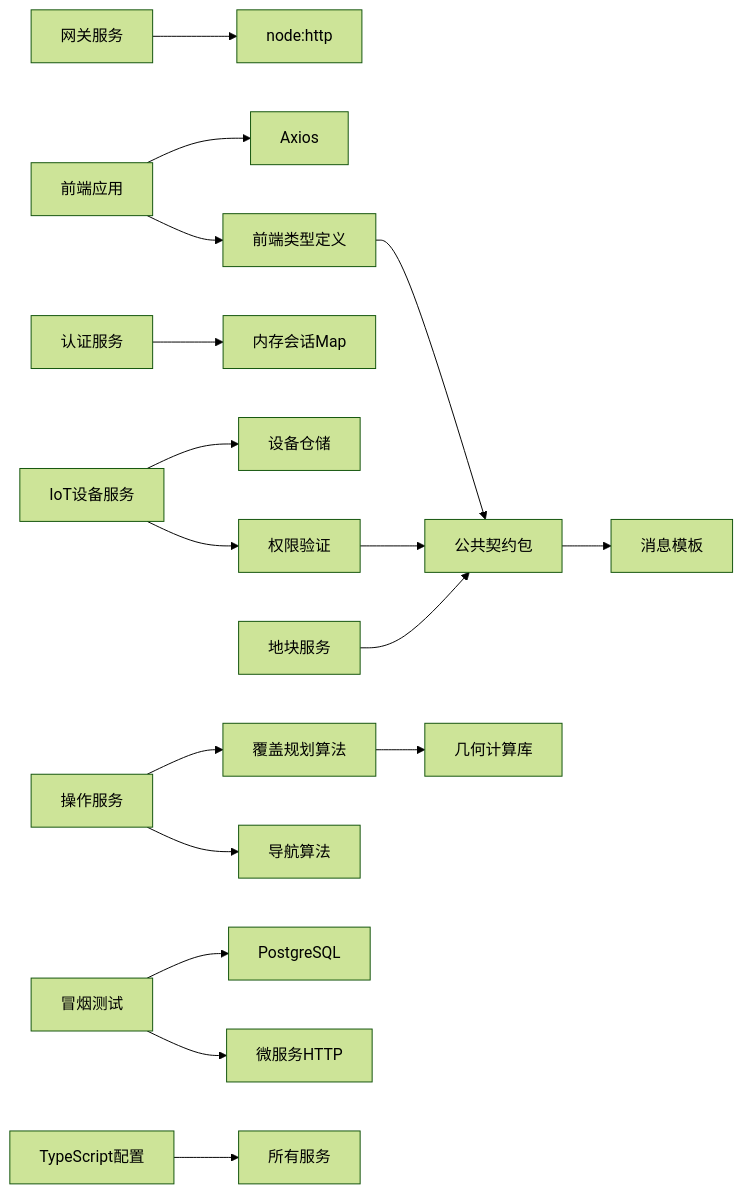
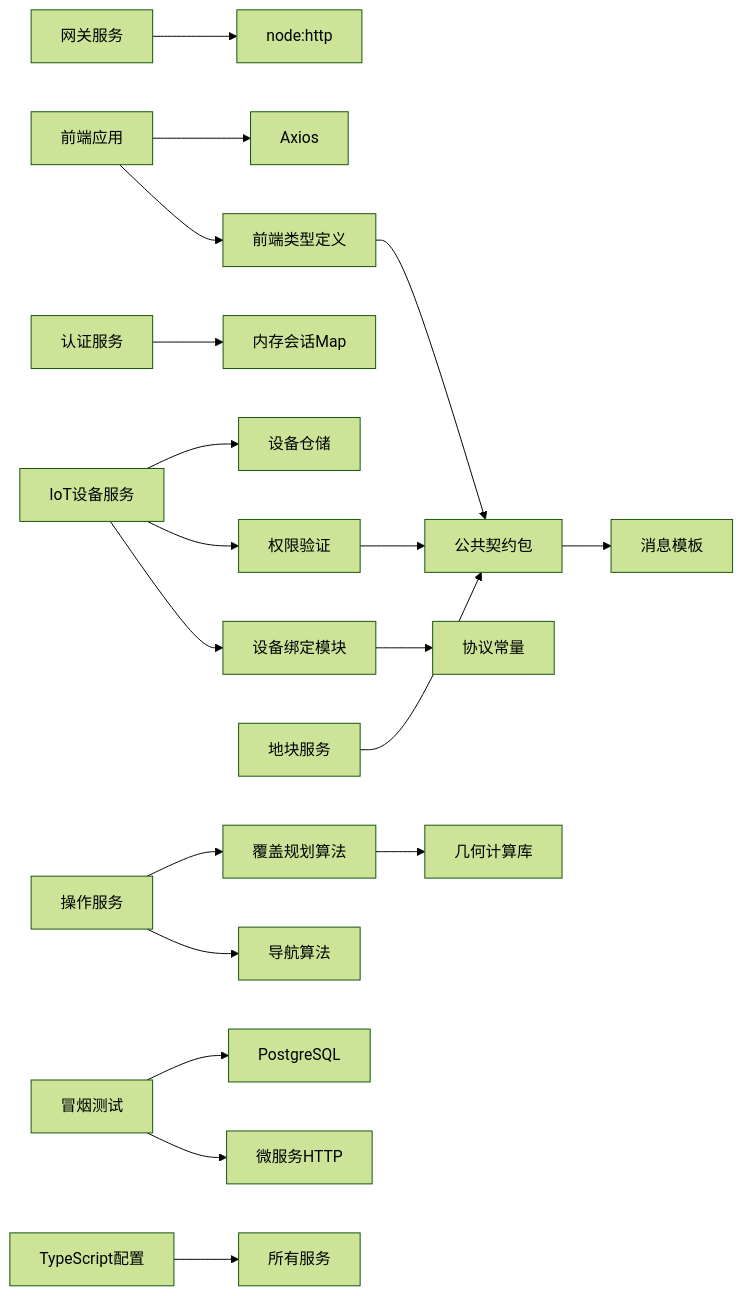
Diagram 19 of 19 in .qoder/repowiki/zh/content/前端应用文档/API集成.md (q446328246/agri-platform), drawn with Mermaid (forest theme) before and after one commit. The commit also changed other lines of this file and 25 other files, not shown here.

````diff
--- a/.qoder/repowiki/zh/content/前端应用文档/API集成.md
+++ b/.qoder/repowiki/zh/content/前端应用文档/API集成.md
@@ -794,19 +802,21 @@
 ```mermaid
 graph LR
 WEB["前端应用"] --> AXIOS["Axios"]
 WEB --> TYPES["前端类型定义"]
 GATEWAY["网关服务"] --> NODE_HTTP["node:http"]
 AUTH["认证服务"] --> MAP["内存会话Map"]
 IOT["IoT设备服务"] --> DEVICE_REPO["设备仓储"]
 IOT --> AUTHZ["权限验证"]
+IOT --> BINDING["设备绑定模块"]
 PLOT["地块服务"] --> CONTRACTS["公共契约包"]
 OPERATION["操作服务"] --> COVERAGE["覆盖规划算法"]
 OPERATION --> NAVIGATION["导航算法"]
 CONTRACTS --> MESSAGES["消息模板"]
 TYPES --> CONTRACTS
 AUTHZ --> CONTRACTS
+BINDING --> PROTOCOLS["协议常量"]
 COVERAGE --> GEOMETRY["几何计算库"]
 SMOKE["冒烟测试"] --> DB["PostgreSQL"]
 SMOKE --> SERVICES["微服务HTTP"]
 TS_CONFIG["TypeScript配置"] --> ALL_SERVICES["所有服务"]
 ```
````
